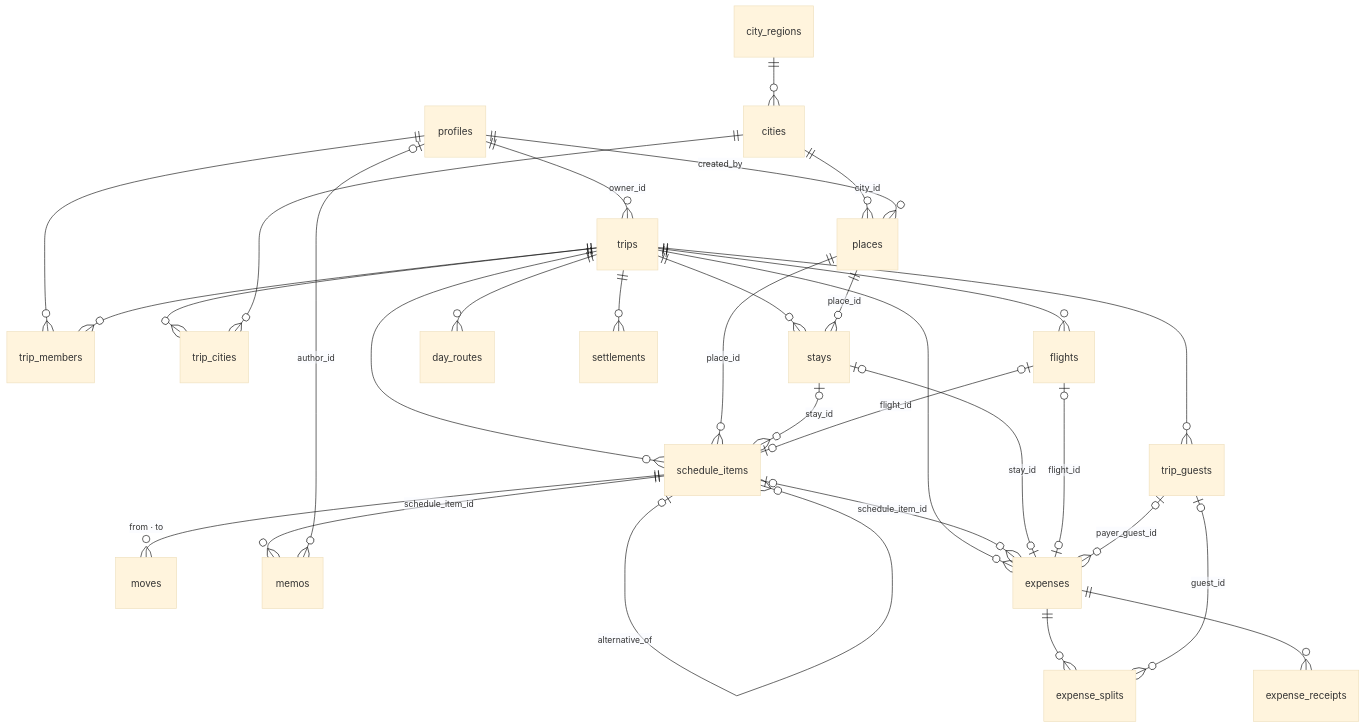
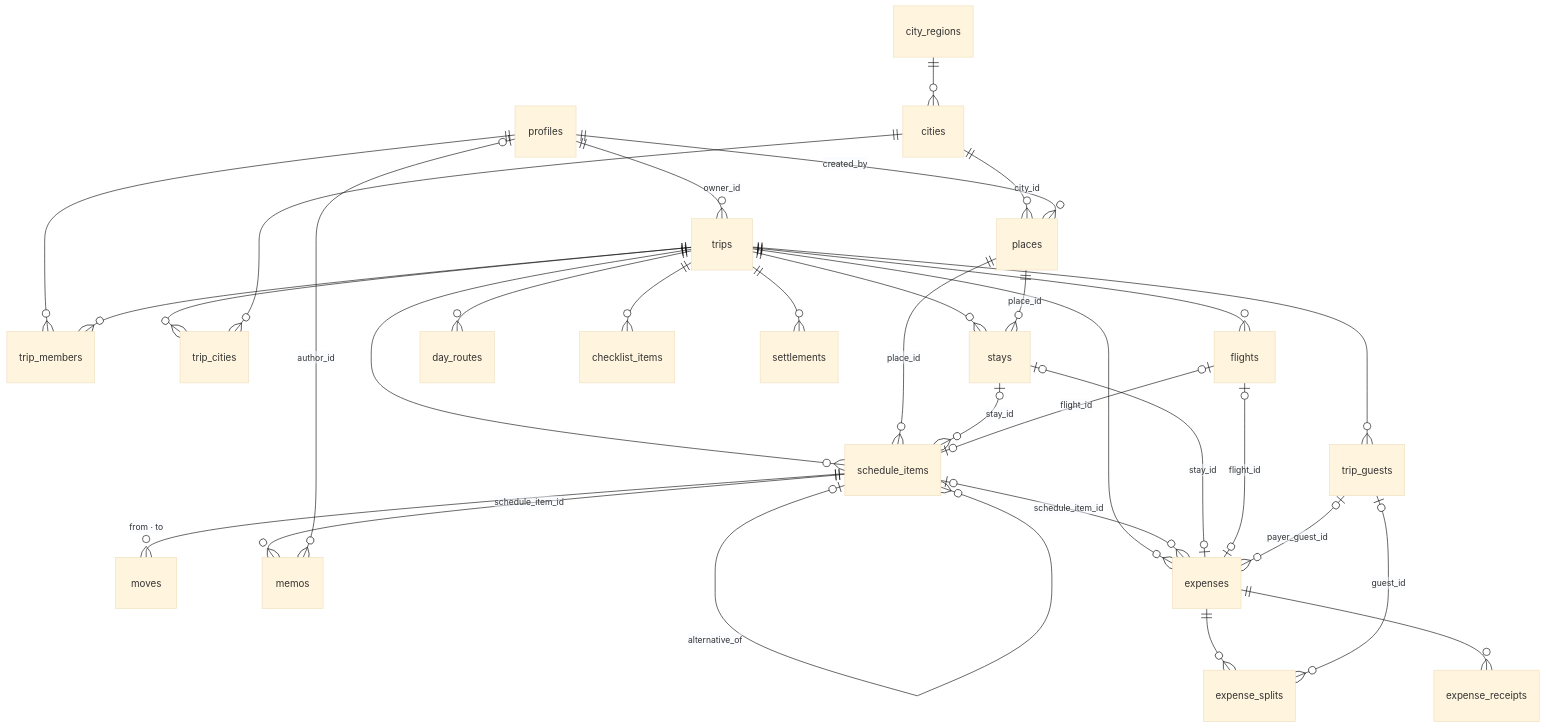
One commit to JayeHa/tripmate changed the diagram in docs/policies/data-model.md. Above: the diagram before and after it, drawn with Mermaid (base theme). The commit also changed other lines of this file and 26 other files, not shown here.

````diff
--- a/docs/policies/data-model.md
+++ b/docs/policies/data-model.md
@@ -22,33 +22,34 @@
 ```mermaid
 erDiagram
   profiles ||--o{ trips : "owner_id"
   profiles ||--o{ trip_members : ""
   trips ||--o{ trip_members : ""
   trips ||--o{ trip_cities : ""
   cities ||--o{ trip_cities : ""
   city_regions ||--o{ cities : ""
   cities ||--o{ places : "city_id"
   profiles ||--o{ places : "created_by"
   trips ||--o{ schedule_items : ""
   places ||--o{ schedule_items : "place_id"
   trips ||--o{ stays : ""
   places ||--o{ stays : "place_id"
   stays |o--o{ schedule_items : "stay_id"
   trips ||--o{ flights : ""
   flights |o--o| schedule_items : "flight_id"
   schedule_items |o--o{ schedule_items : "alternative_of"
   schedule_items ||--o{ moves : "from · to"
   schedule_items ||--o{ memos : "schedule_item_id"
   profiles |o--o{ memos : "author_id"
   trips ||--o{ day_routes : ""
   trips ||--o{ expenses : ""
   schedule_items |o--o{ expenses : "schedule_item_id"
   stays |o--o| expenses : "stay_id"
   flights |o--o| expenses : "flight_id"
+  trips ||--o{ checklist_items : ""
   expenses ||--o{ expense_splits : ""
   trip_guests |o--o{ expenses : "payer_guest_id"
   trip_guests |o--o{ expense_splits : "guest_id"
   trips ||--o{ trip_guests : ""
   trips ||--o{ settlements : ""
   expenses ||--o{ expense_receipts : ""
 ```
````
